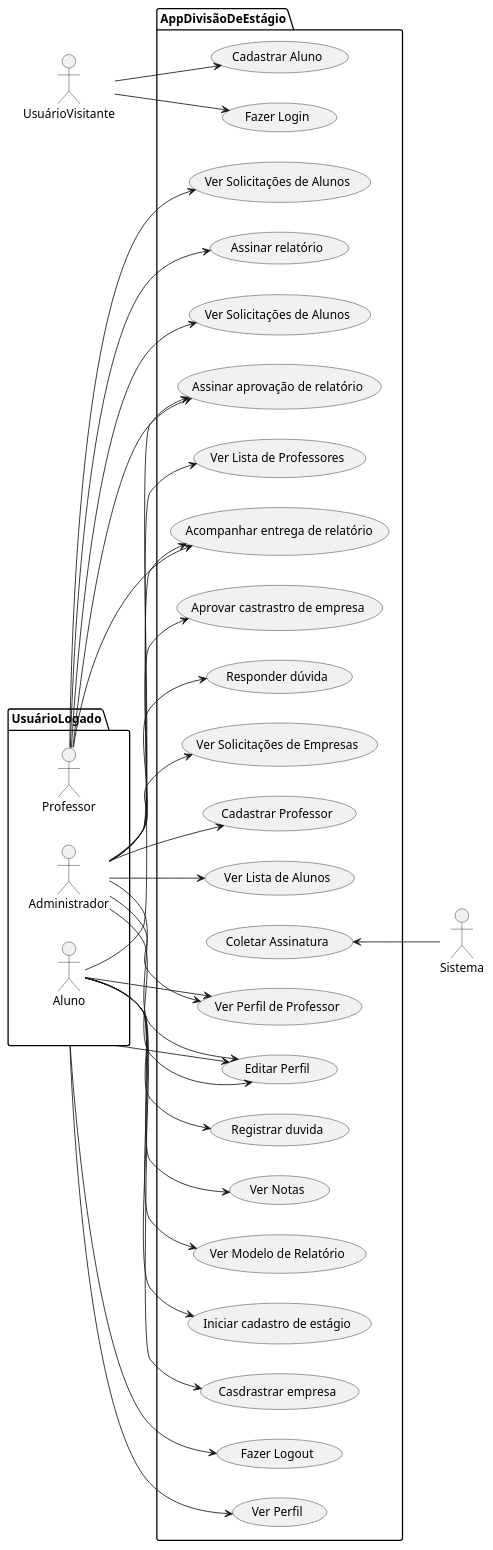
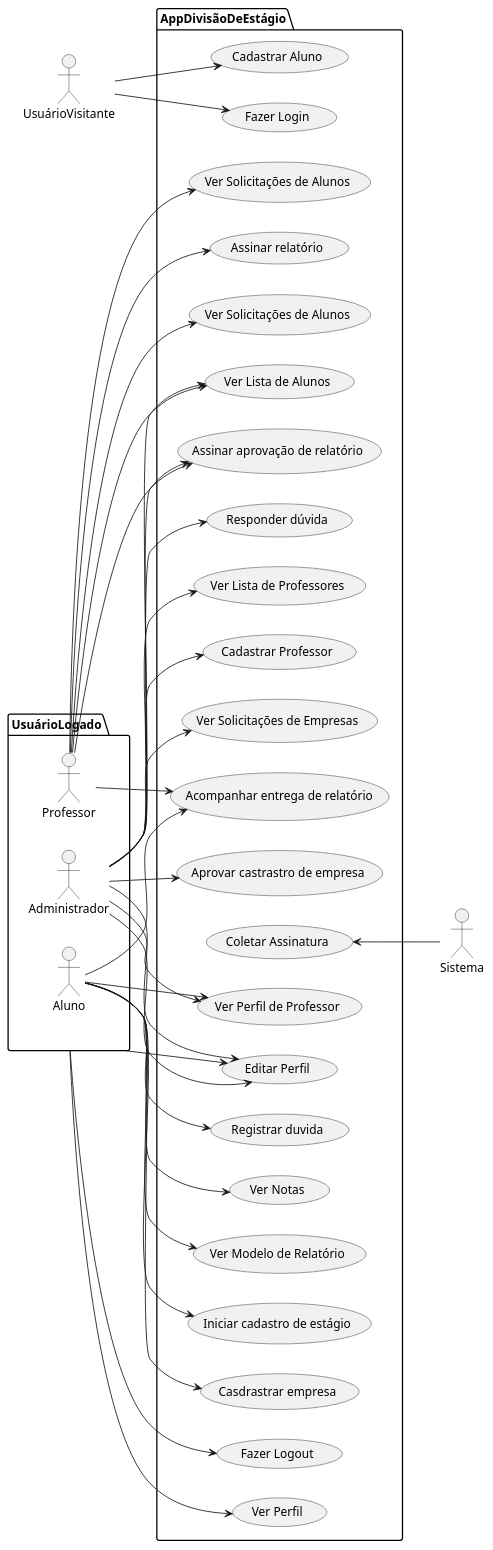
Before and after one commit to cabare-do-mel/divestagio_poli: the diagram in Casos de Uso/UseCases.plantuml, drawn with PlantUML.

Commit message:
Adicionando UC22 ao professor também

```diff
--- a/Casos de Uso/UseCases.plantuml
+++ b/Casos de Uso/UseCases.plantuml
@@ -1,75 +1,76 @@
 @startuml
 left to right direction
 actor UsuárioVisitante as uv
 actor Sistema as sys
 package UsuárioLogado as ul{
   actor Professor as p
   actor Administrador as adm
   actor Aluno as al
 }
 package AppDivisãoDeEstágio {
   usecase "Ver Perfil" as UC1
 
   usecase "Ver Modelo de Relatório" as UC3
   usecase "Iniciar cadastro de estágio" as UC4
   usecase "Casdrastrar empresa" as UC5
   usecase "Ver Perfil de Professor" as UC6
   usecase "Acompanhar entrega de relatório" as UC7
   usecase "Assinar relatório" as UC8
   usecase "Aprovar castrastro de empresa" as UC9
 
   usecase "Registrar duvida" as UC11
   usecase "Responder dúvida" as UC12
   usecase "Assinar aprovação de relatório" as UC13
   usecase "Cadastrar Professor" as UC14
   usecase "Editar Perfil" as UC15
   usecase "Coletar Assinatura" as UC16
   usecase "Fazer Login" as UC17
   usecase "Cadastrar Aluno" as UC18
   usecase "Ver Solicitações de Empresas" as UC19
   usecase "Ver Solicitações de Alunos" as UC20
   usecase "Ver Lista de Professores" as UC21
   usecase "Ver Lista de Alunos" as UC22
   usecase "Ver Solicitações de Alunos" as UC23
   usecase "Fazer Logout" as UC24
   usecase "Ver Notas" as UC25
 }
 
 UC16 <-- sys
 
 
 adm --> UC6
 adm --> UC9
 
 adm --> UC12
 adm --> UC13
 adm --> UC14
 adm --> UC15
 adm --> UC15
 adm --> UC19
 adm --> UC21
 adm --> UC22
 
 
 p --> UC7
 p --> UC8
 p --> UC13
 p --> UC20
+p --> UC22
 p --> UC23
 
 al --> UC3
 al --> UC4
 al --> UC5
 al --> UC6
 al --> UC7
 
 al --> UC11
 al --> UC25
 
 uv --> UC17
 uv --> UC18
 
 ul --> UC1
 ul --> UC15
 ul --> UC24
 @enduml
```
